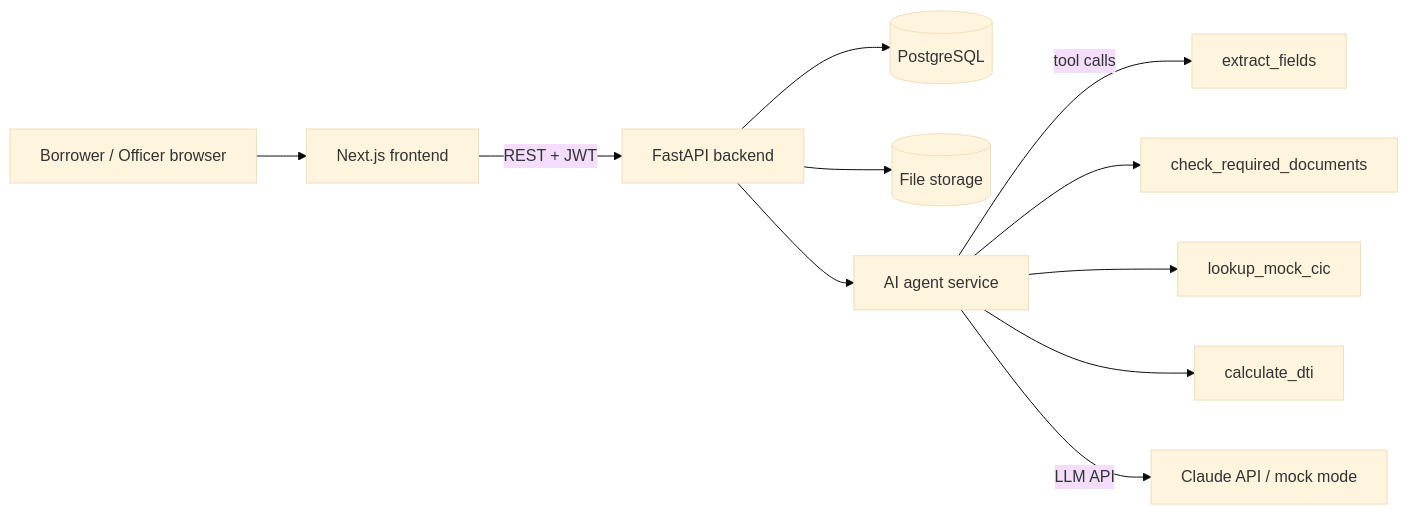
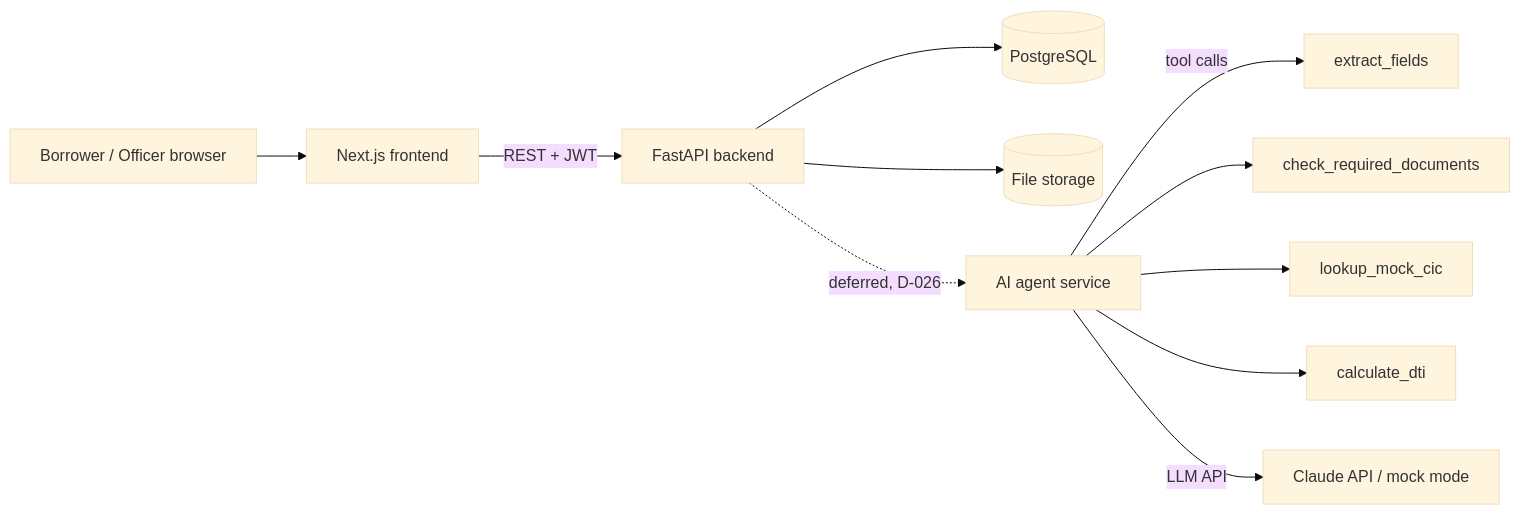
One commit to primofin/lendflow changed the diagram in README.md. Above: the diagram before and after it, drawn with Mermaid (base theme). The commit also changed other lines of this file and 4 other files, not shown here.

````diff
--- a/README.md
+++ b/README.md
@@ -51,13 +51,13 @@
 ```mermaid
 flowchart LR
   B[Borrower / Officer browser] --> F[Next.js frontend]
   F -->|REST + JWT| API[FastAPI backend]
   API --> DB[(PostgreSQL)]
   API --> FS[(File storage)]
-  API --> AG[AI agent service]
+  API -.->|deferred, D-026| AG[AI agent service]
   AG -->|tool calls| T1[extract_fields]
   AG --> T2[check_required_documents]
   AG --> T3[lookup_mock_cic]
   AG --> T4[calculate_dti]
   AG -->|LLM API| LLM[Claude API / mock mode]
 ```
````
